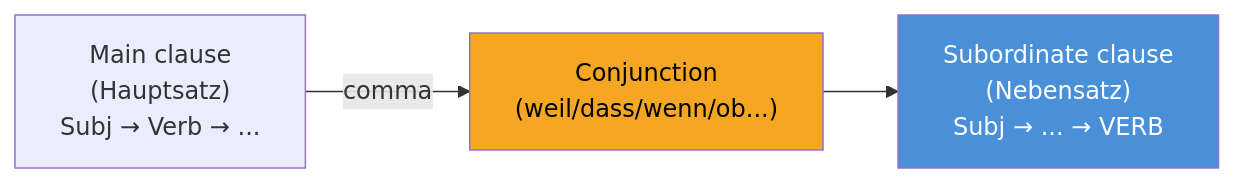
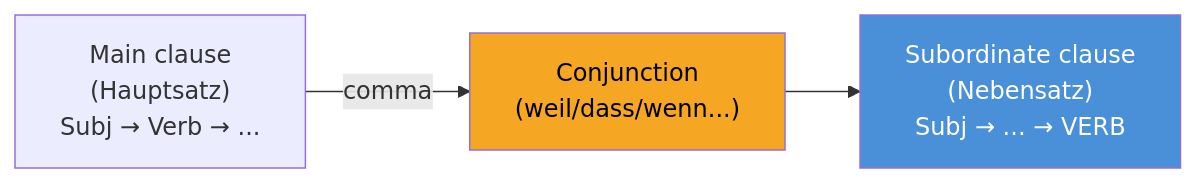
Before and after one commit to egeengin/DeutschLernen: the diagram in TELC_B1_Preparation/review_grammar_vocab.md, drawn with Mermaid. The commit also changed other lines of this file and 6 other files, not shown here.

````diff
--- a/TELC_B1_Preparation/review_grammar_vocab.md
+++ b/TELC_B1_Preparation/review_grammar_vocab.md
@@ -25,6 +23,6 @@
 ```mermaid
 flowchart LR
-    A["Main clause\n(Hauptsatz)\n Subj → Verb → ..."] -->|comma| B["Conjunction\n(weil/dass/wenn/ob...)"] --> C["Subordinate clause\n(Nebensatz)\n Subj → ... → VERB"]
+    A["Main clause\n(Hauptsatz)\n Subj → Verb → ..."] -->|comma| B["Conjunction\n(weil/dass/wenn...)"] --> C["Subordinate clause\n(Nebensatz)\n Subj → ... → VERB"]
     style B fill:#f5a623,color:#000
     style C fill:#4a90d9,color:#fff
 ```
````
